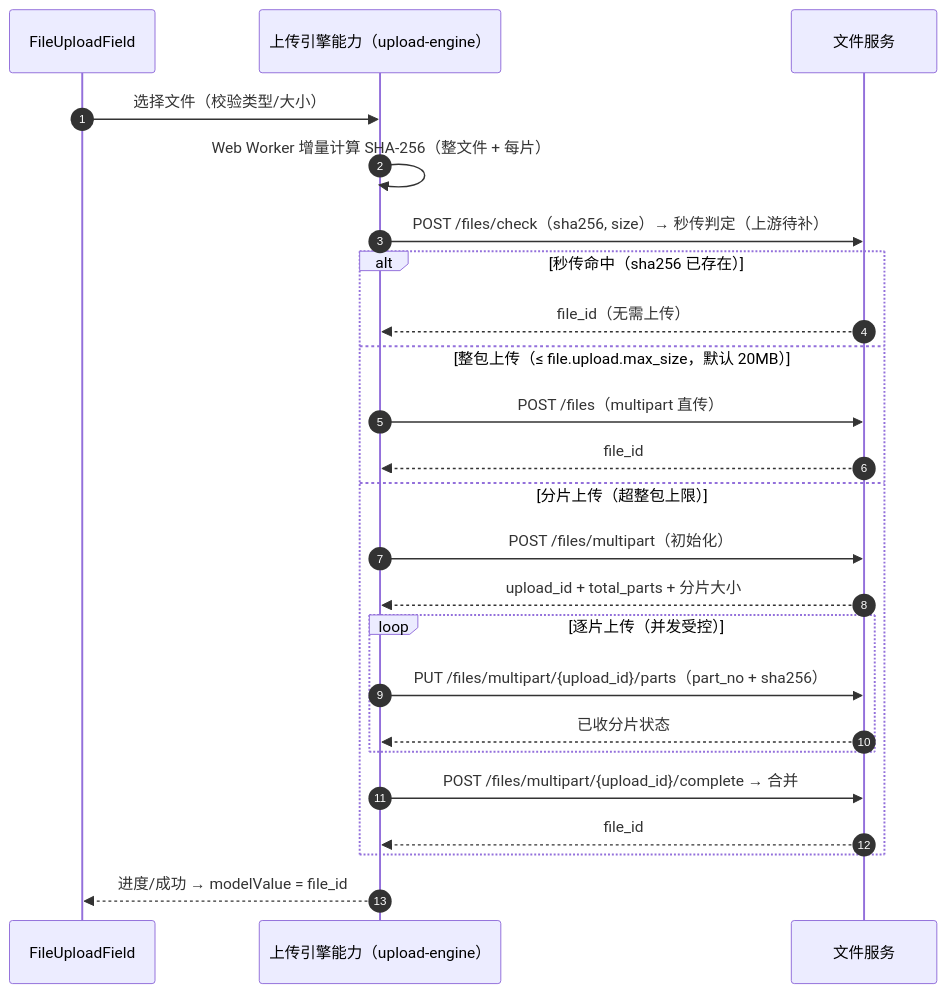
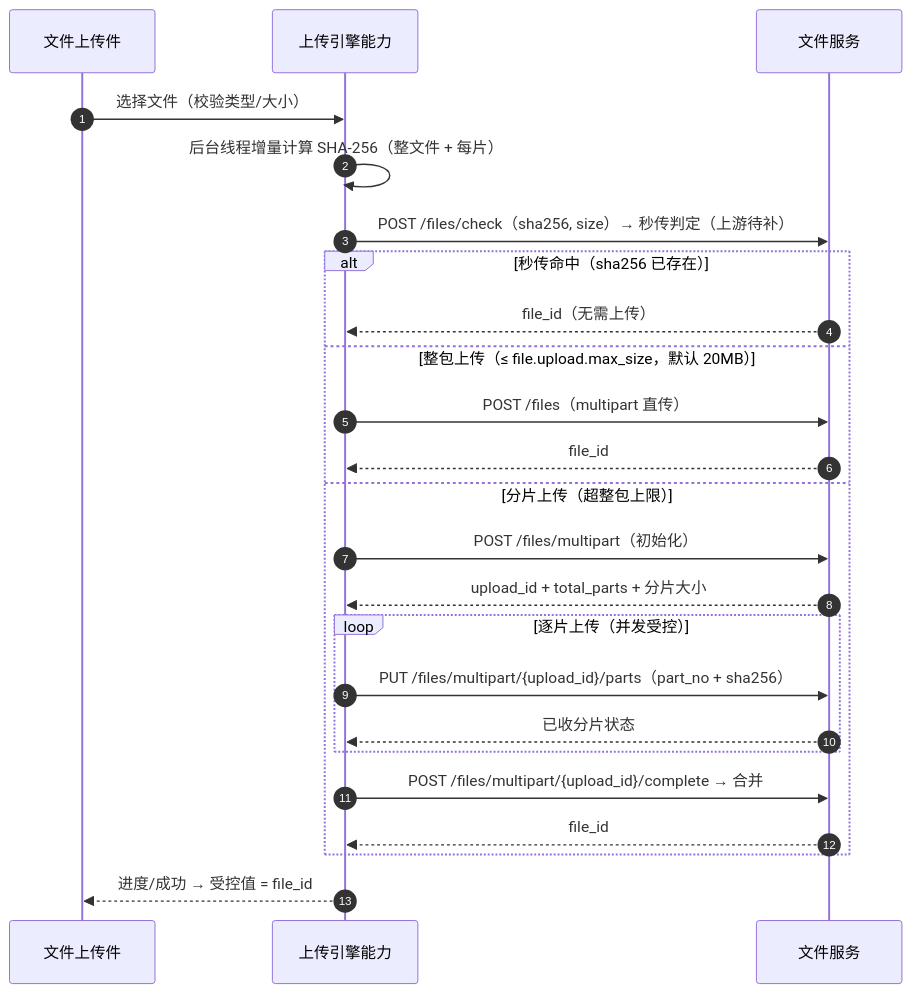
One commit to minjian123/basic-management-system changed the diagram in bms文档/设计/组件设计/06_字段类/06_组件设计_文件上传字段/06_组件设计_文件上传字段.md. Above: the diagram before and after it, drawn with Mermaid. The commit also changed other lines of this file and 238 other files, not shown here.

````diff
--- a/bms文档/设计/组件设计/06_字段类/06_组件设计_文件上传字段/06_组件设计_文件上传字段.md
+++ b/bms文档/设计/组件设计/06_字段类/06_组件设计_文件上传字段/06_组件设计_文件上传字段.md
@@ -33,27 +34,27 @@
 ```mermaid
 sequenceDiagram
     autonumber
-    participant 组件 as FileUploadField
-    participant 引擎 as 上传引擎能力（upload-engine）
+    participant 字段件 as 文件上传件
+    participant 引擎 as 上传引擎能力
     participant 后端 as 文件服务
 
-    组件->>引擎: 选择文件（校验类型/大小）
-    引擎->>引擎: Web Worker 增量计算 SHA-256（整文件 + 每片）
+    字段件->>引擎: 选择文件（校验类型/大小）
+    引擎->>引擎: 后台线程增量计算 SHA-256（整文件 + 每片）
     引擎->>后端: POST /files/check（sha256, size）→ 秒传判定（上游待补）
     alt 秒传命中（sha256 已存在）
         后端-->>引擎: file_id（无需上传）
     else 整包上传（≤ file.upload.max_size，默认 20MB）
         引擎->>后端: POST /files（multipart 直传）
         后端-->>引擎: file_id
     else 分片上传（超整包上限）
         引擎->>后端: POST /files/multipart（初始化）
         后端-->>引擎: upload_id + total_parts + 分片大小
         loop 逐片上传（并发受控）
             引擎->>后端: PUT /files/multipart/{upload_id}/parts（part_no + sha256）
             后端-->>引擎: 已收分片状态
         end
         引擎->>后端: POST /files/multipart/{upload_id}/complete → 合并
         后端-->>引擎: file_id
     end
-    引擎-->>组件: 进度/成功 → modelValue = file_id
+    引擎-->>字段件: 进度/成功 → 受控值 = file_id
 ```
````
